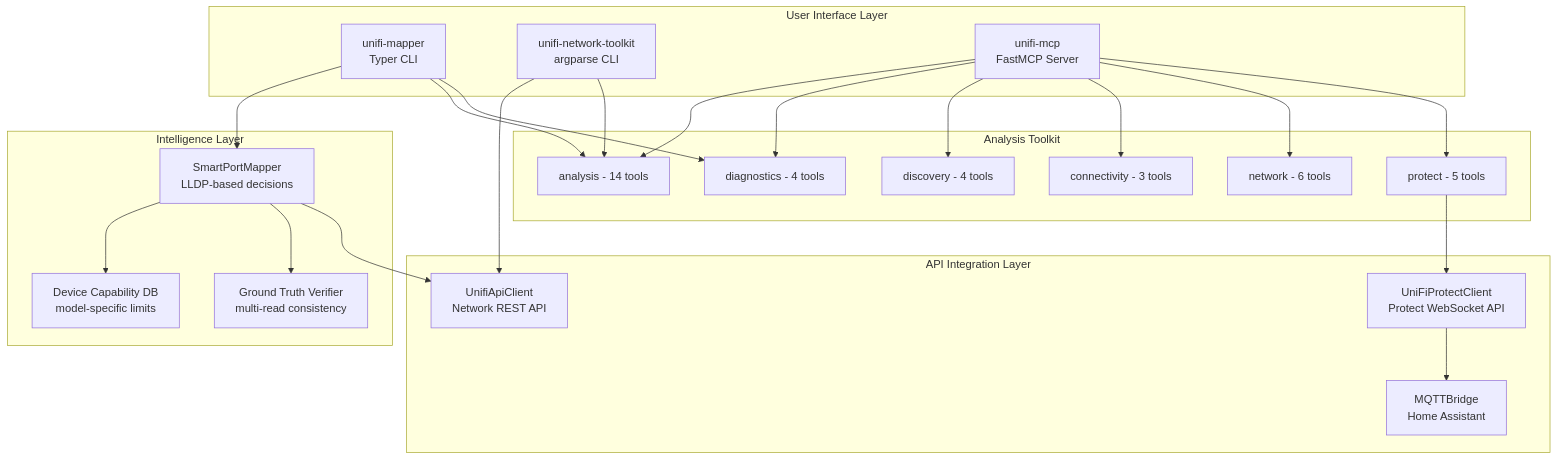
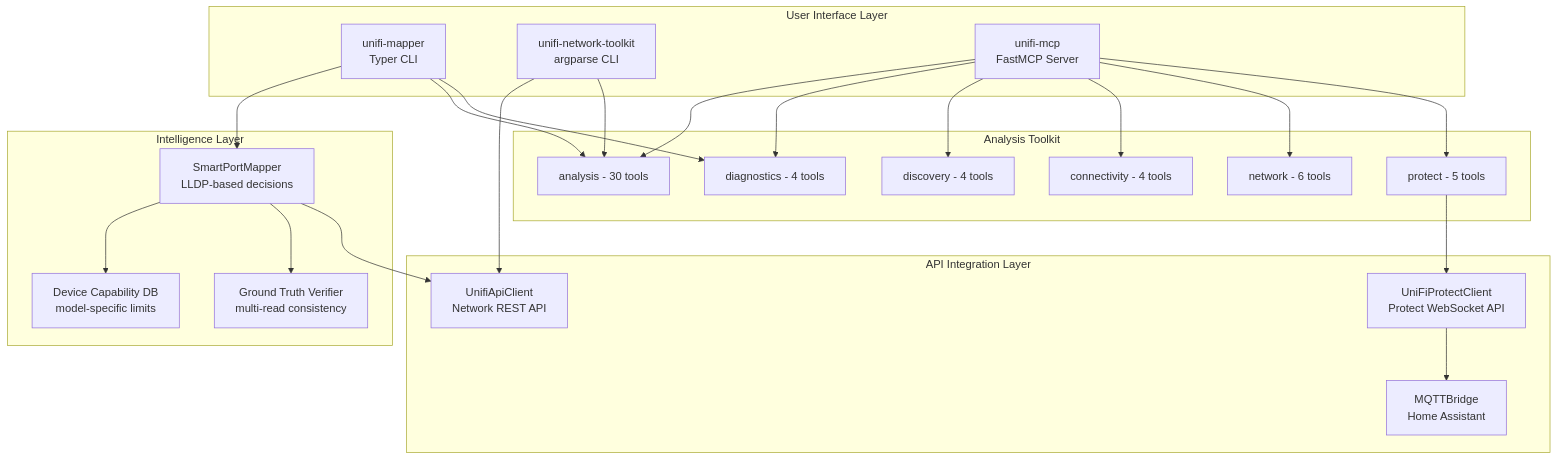
One commit to NetDevAutomate/unifi_management_cli changed diagram 20 of 20 in docs/guides/use-cases-and-howto.md. Above: the diagram before and after it, drawn with Mermaid. The commit also changed other lines of this file and 14 other files, not shown here.

````diff
--- a/docs/guides/use-cases-and-howto.md
+++ b/docs/guides/use-cases-and-howto.md
@@ -1600,48 +1763,48 @@
 ```mermaid
 flowchart TB
     subgraph UI["User Interface Layer"]
         A[unifi-mapper<br/>Typer CLI]
         B[unifi-network-toolkit<br/>argparse CLI]
         C[unifi-mcp<br/>FastMCP Server]
     end
 
     subgraph Intel["Intelligence Layer"]
         D[SmartPortMapper<br/>LLDP-based decisions]
         E[Device Capability DB<br/>model-specific limits]
         F[Ground Truth Verifier<br/>multi-read consistency]
     end
 
     subgraph Analysis["Analysis Toolkit"]
-        G[analysis - 14 tools]
+        G[analysis - 30 tools]
         H[diagnostics - 4 tools]
         I[discovery - 4 tools]
-        J[connectivity - 3 tools]
+        J[connectivity - 4 tools]
         K[network - 6 tools]
         L[protect - 5 tools]
     end
 
     subgraph API["API Integration Layer"]
         M[UnifiApiClient<br/>Network REST API]
         N[UniFiProtectClient<br/>Protect WebSocket API]
         O[MQTTBridge<br/>Home Assistant]
     end
 
     A --> D
     A --> G
     A --> H
     B --> M
     B --> G
     C --> G
     C --> H
     C --> I
     C --> J
     C --> K
     C --> L
 
     D --> E
     D --> F
     D --> M
 
     L --> N
     N --> O
 ```
````
